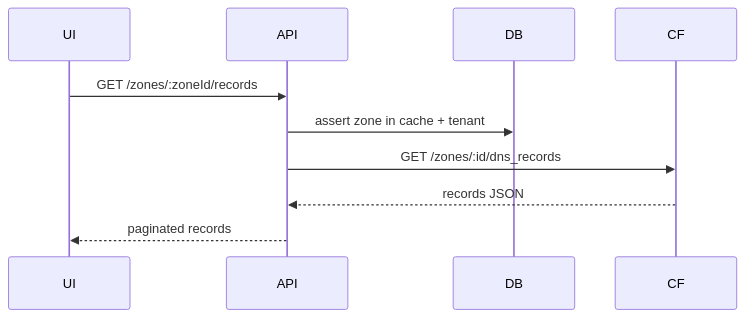
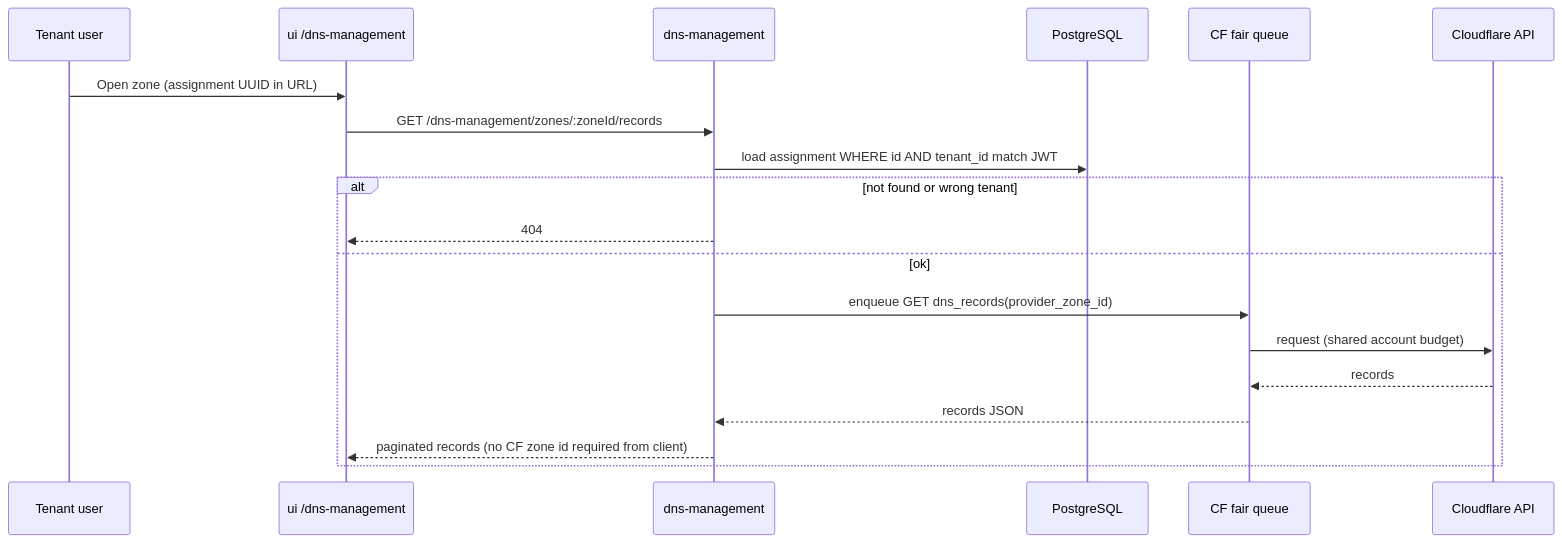
Before and after one commit to jeremymcs/nebula-dns: the second of 4 diagrams in docs/modules/dns-management/FLOW.md, drawn with Mermaid. The commit also changed other lines of this file and 2 other files, not shown here.

First line of the commit message:
docs(dns-management): primary MSP-hosted zones on Flux Cloudflare account

````diff
--- a/docs/modules/dns-management/FLOW.md
+++ b/docs/modules/dns-management/FLOW.md
@@ -26,13 +33,22 @@
 ```mermaid
 sequenceDiagram
-  participant UI
-  participant API
-  participant DB
-  participant CF
+  participant User as Tenant user
+  participant UI as ui /dns-management
+  participant API as dns-management
+  participant DB as PostgreSQL
+  participant Q as CF fair queue
+  participant CF as Cloudflare API
 
-  UI->>API: GET /zones/:zoneId/records
-  API->>DB: assert zone in cache + tenant
-  API->>CF: GET /zones/:id/dns_records
-  CF-->>API: records JSON
-  API-->>UI: paginated records
+  User->>UI: Open zone (assignment UUID in URL)
+  UI->>API: GET /dns-management/zones/:zoneId/records
+  API->>DB: load assignment WHERE id AND tenant_id match JWT
+  alt not found or wrong tenant
+    API-->>UI: 404
+  else ok
+    API->>Q: enqueue GET dns_records(provider_zone_id)
+    Q->>CF: request (shared account budget)
+    CF-->>Q: records
+    Q-->>API: records JSON
+    API-->>UI: paginated records (no CF zone id required from client)
+  end
 ```
````
